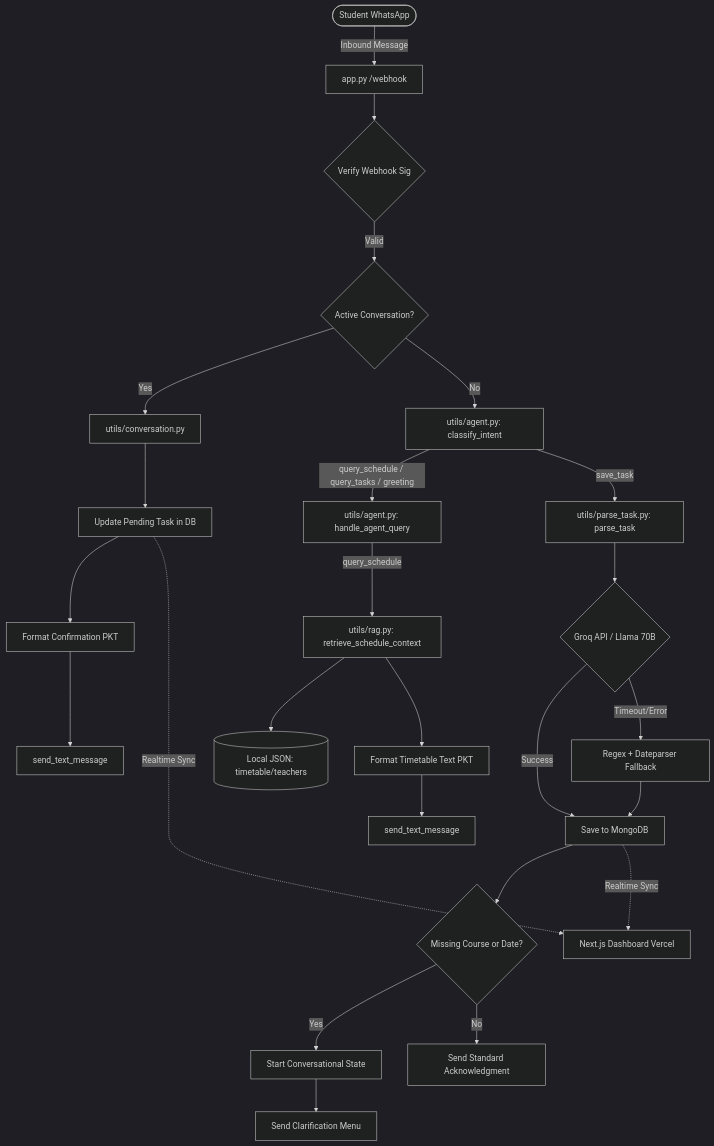
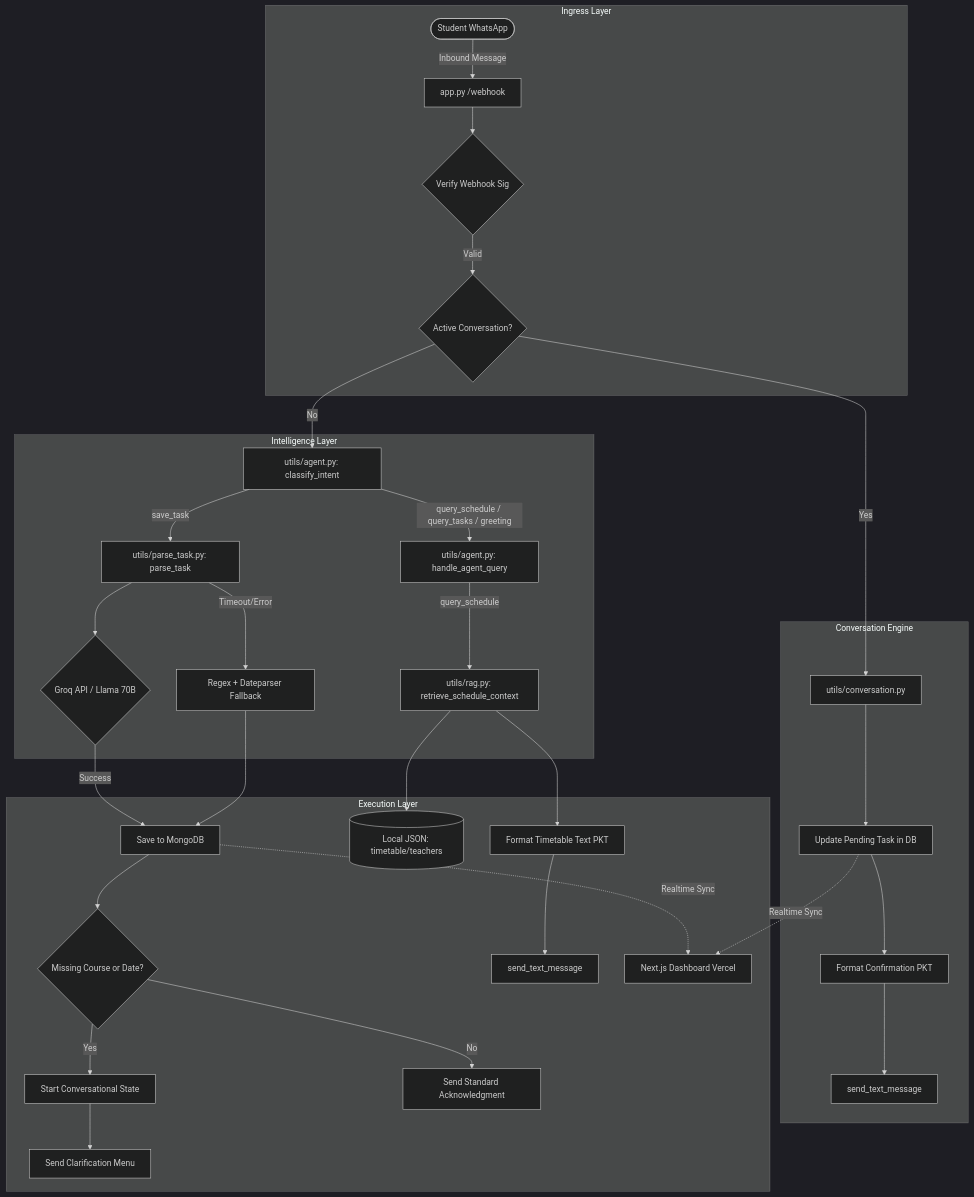
Before and after one commit to Rehan-Abrar/duemate-backend: the diagram in docs/ARCHITECTURE.md, drawn with Mermaid (dark theme).

Commit message:
docs: improve Mermaid diagram with subgraphs

````diff
--- a/docs/ARCHITECTURE.md
+++ b/docs/ARCHITECTURE.md
@@ -13,39 +13,42 @@
 ```mermaid
 graph TD
-    User([Student WhatsApp]) -->|Inbound Message| Webhook[app.py /webhook]
-    Webhook --> Auth{Verify Webhook Sig}
-    Auth -->|Valid| Dispatcher{Active Conversation?}
-    
-    %% Conversational State Flow
-    Dispatcher -->|Yes| ConvHandler[utils/conversation.py]
-    ConvHandler --> DBUpdate[Update Pending Task in DB]
-    DBUpdate --> ConfirmMsg[Format Confirmation PKT]
-    ConfirmMsg --> SendConf[send_text_message]
-    
-    %% Intent Classification Flow
-    Dispatcher -->|No| IntentRouter[utils/agent.py: classify_intent]
-    
-    %% Schedule Query Path (RAG)
-    IntentRouter -->|query_schedule / query_tasks / greeting| AgentEngine[utils/agent.py: handle_agent_query]
-    AgentEngine -->|query_schedule| RAGEngine[utils/rag.py: retrieve_schedule_context]
-    RAGEngine --> TimetableDB[(Local JSON: timetable/teachers)]
-    RAGEngine --> FormatReply[Format Timetable Text PKT]
-    FormatReply --> SendSchedule[send_text_message]
-    
-    %% New Task Creation Path
-    IntentRouter -->|save_task| TaskParser[utils/parse_task.py: parse_task]
-    TaskParser --> LLMOps{Groq API / Llama 70B}
-    LLMOps -->|Success| SavePending[Save to MongoDB]
-    LLMOps -->|Timeout/Error| FallbackRegex[Regex + Dateparser Fallback]
-    FallbackRegex --> SavePending
-    
-    %% Conversational Prompt Trigger
-    SavePending --> MissingCheck{Missing Course or Date?}
-    MissingCheck -->|Yes| ConvStart[Start Conversational State]
-    ConvStart --> SendPrompt[Send Clarification Menu]
-    MissingCheck -->|No| SendAck[Send Standard Acknowledgment]
+    subgraph Ingress Layer
+        User([Student WhatsApp]) -->|Inbound Message| Webhook[app.py /webhook]
+        Webhook --> Auth{Verify Webhook Sig}
+        Auth -->|Valid| Dispatcher{Active Conversation?}
+    end
 
-    %% Dashboard Sync
-    SavePending -.->|Realtime Sync| Dashboard[Next.js Dashboard Vercel]
-    DBUpdate -.->|Realtime Sync| Dashboard
+    subgraph Conversation Engine
+        Dispatcher -->|Yes| ConvHandler[utils/conversation.py]
+        ConvHandler --> DBUpdate[Update Pending Task in DB]
+        DBUpdate --> ConfirmMsg[Format Confirmation PKT]
+        ConfirmMsg --> SendConf[send_text_message]
+    end
+
+    subgraph Intelligence Layer
+        Dispatcher -->|No| IntentRouter[utils/agent.py: classify_intent]
+        IntentRouter -->|query_schedule / query_tasks / greeting| AgentEngine[utils/agent.py: handle_agent_query]
+        AgentEngine -->|query_schedule| RAGEngine[utils/rag.py: retrieve_schedule_context]
+        
+        IntentRouter -->|save_task| TaskParser[utils/parse_task.py: parse_task]
+        TaskParser --> LLMOps{Groq API / Llama 70B}
+        TaskParser -->|Timeout/Error| FallbackRegex[Regex + Dateparser Fallback]
+    end
+
+    subgraph Execution Layer
+        LLMOps -->|Success| SavePending[Save to MongoDB]
+        FallbackRegex --> SavePending
+        
+        SavePending --> MissingCheck{Missing Course or Date?}
+        MissingCheck -->|Yes| ConvStart[Start Conversational State]
+        ConvStart --> SendPrompt[Send Clarification Menu]
+        MissingCheck -->|No| SendAck[Send Standard Acknowledgment]
+        
+        RAGEngine --> TimetableDB[(Local JSON: timetable/teachers)]
+        RAGEngine --> FormatReply[Format Timetable Text PKT]
+        FormatReply --> SendSchedule[send_text_message]
+        
+        SavePending -.->|Realtime Sync| Dashboard[Next.js Dashboard Vercel]
+        DBUpdate -.->|Realtime Sync| Dashboard
+    end
 ```
````
